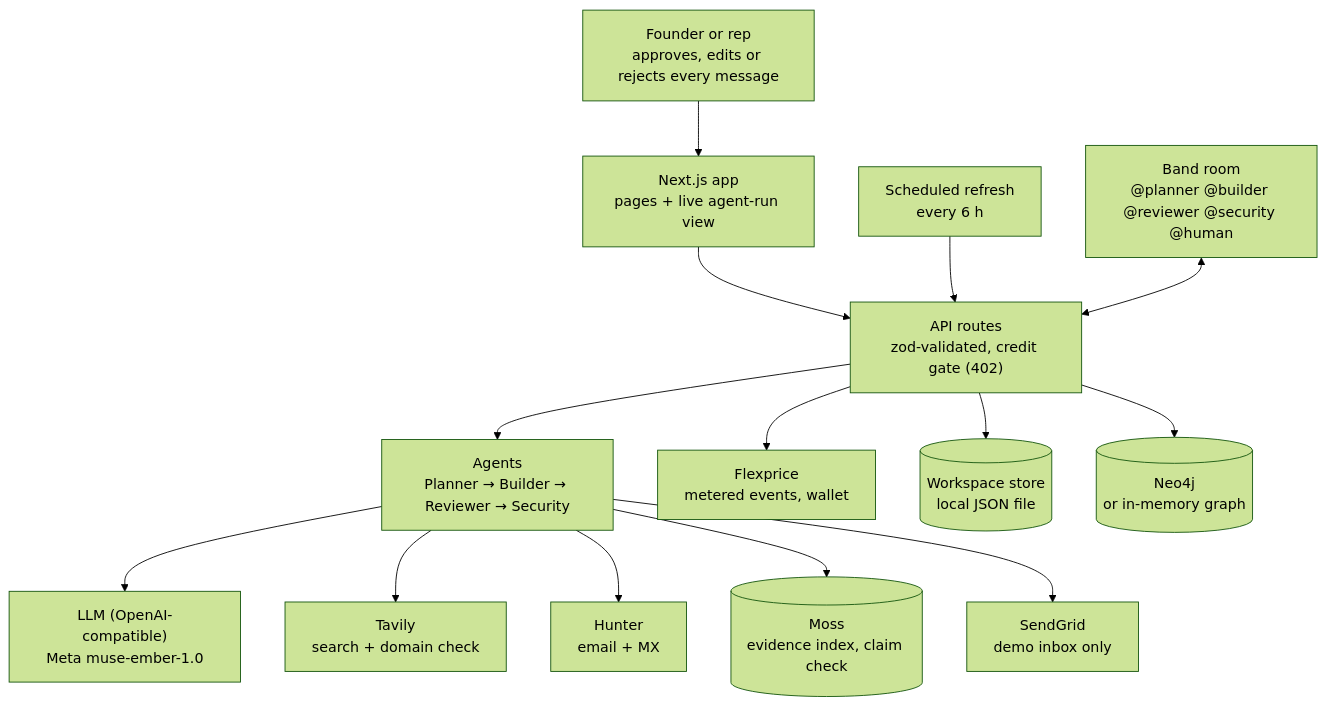
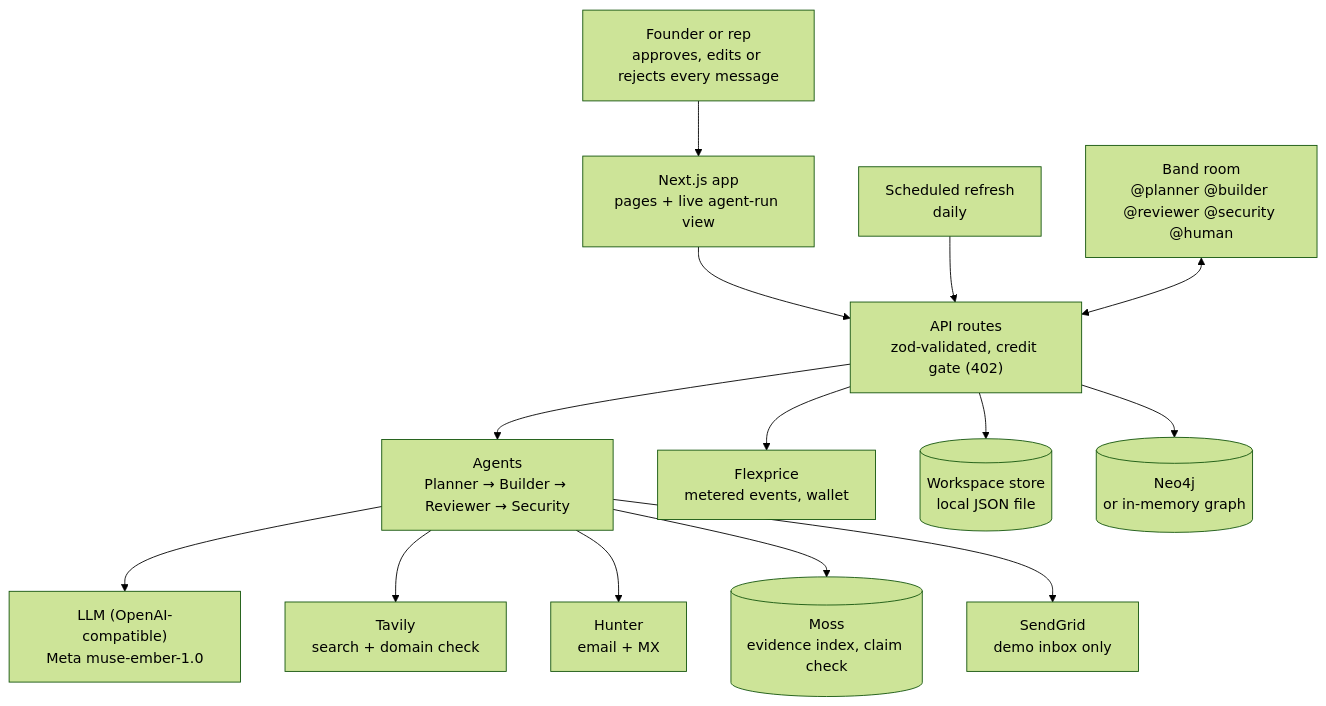
Before and after one commit to KamayaniR/Cited: the diagram in README.md, drawn with Mermaid (forest theme). The commit also changed other lines of this file and 2 other files, not shown here.

Commit message:
Run the signal refresh cron daily (Vercel Hobby limit)

````diff
--- a/README.md
+++ b/README.md
@@ -22,16 +22,16 @@
 ```mermaid
 flowchart TB
   U["Founder or rep<br/>approves, edits or rejects every message"] --> UI["Next.js app<br/>pages + live agent-run view"]
   UI --> API["API routes<br/>zod-validated, credit gate (402)"]
-  CRON["Scheduled refresh<br/>every 6 h"] --> API
+  CRON["Scheduled refresh<br/>daily"] --> API
   BAND["Band room<br/>@planner @builder @reviewer @security @human"] <--> API
   API --> AG["Agents<br/>Planner → Builder → Reviewer → Security"]
   AG --> LLM["LLM (OpenAI-compatible)<br/>Meta muse-ember-1.0"]
   AG --> TAV["Tavily<br/>search + domain check"]
   AG --> HUN["Hunter<br/>email + MX"]
   AG --> MOSS[("Moss<br/>evidence index, claim check")]
   AG --> SG["SendGrid<br/>demo inbox only"]
   API --> FLEX["Flexprice<br/>metered events, wallet"]
   API --> DB[("Workspace store<br/>local JSON file")]
   API --> NEO[("Neo4j<br/>or in-memory graph")]
 ```
````
